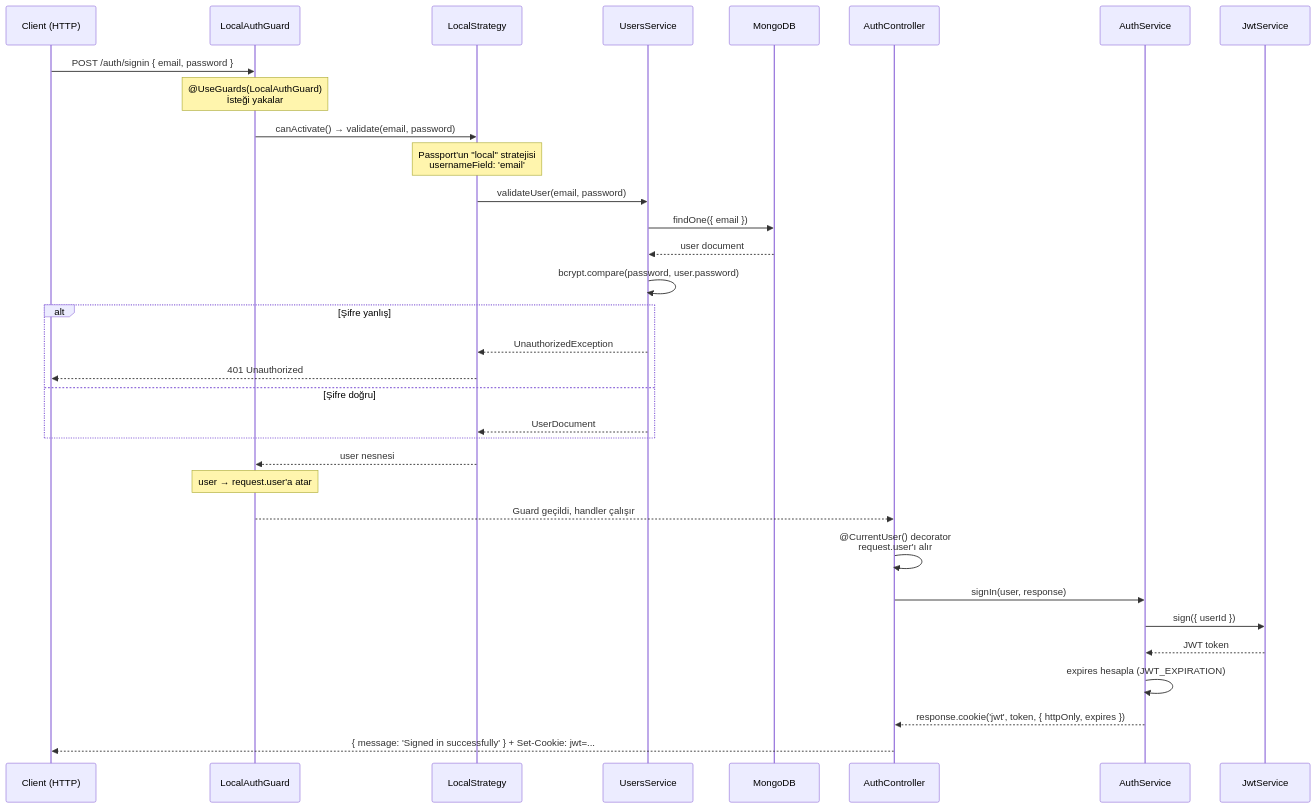
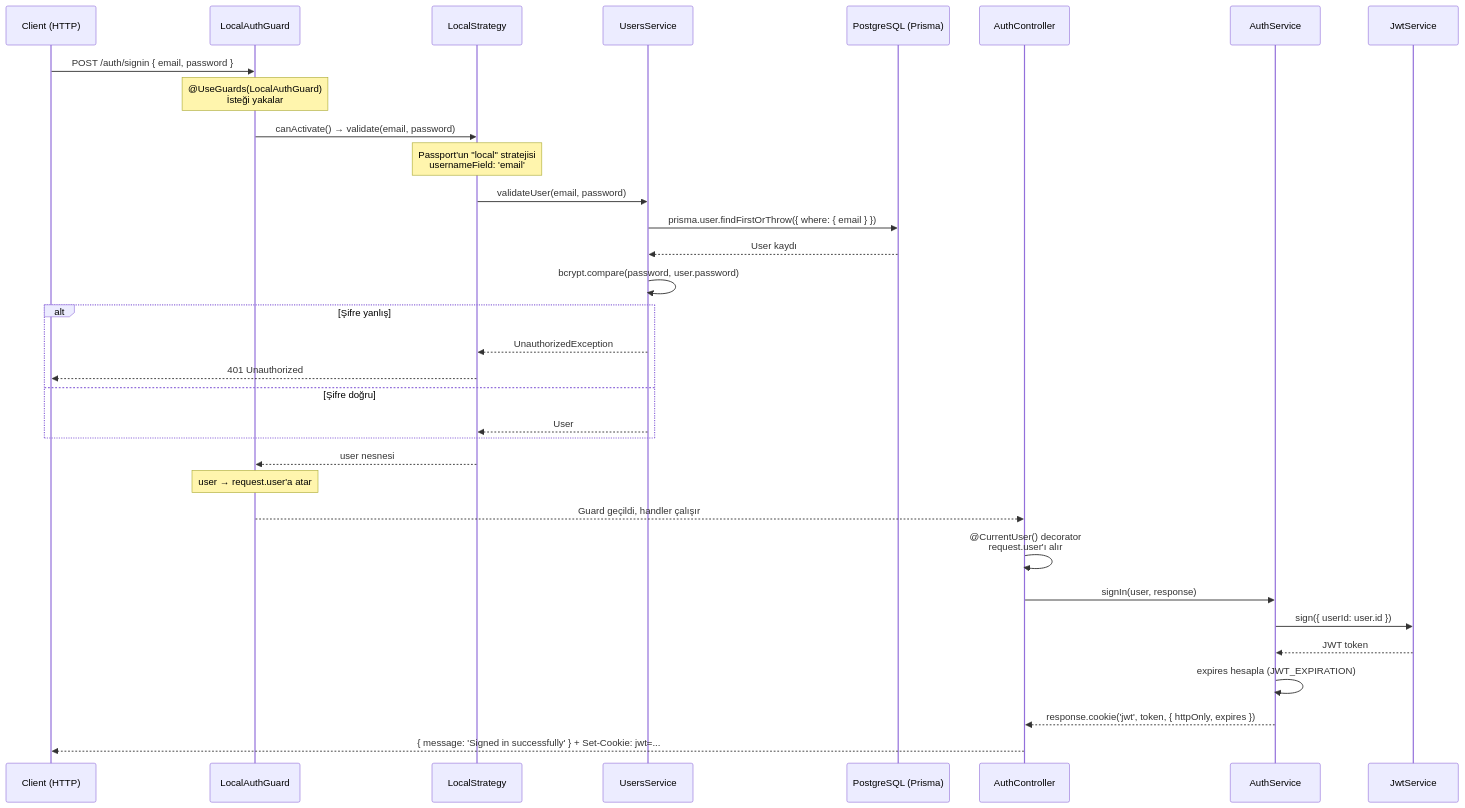
The first of 7 diagrams in docs/AUTH_FLOW.md (HuseyinKaraman/nestjs-microservice), drawn with Mermaid before and after one commit. The commit also changed other lines of this file and 3 other files, not shown here.

First line of the commit message:
docs: update docs for Prisma/PostgreSQL and gRPC

````diff
--- a/docs/AUTH_FLOW.md
+++ b/docs/AUTH_FLOW.md
@@ -5,43 +5,43 @@
 ```mermaid
 sequenceDiagram
     participant C as Client (HTTP)
     participant GUARD as LocalAuthGuard
     participant STRATEGY as LocalStrategy
     participant US as UsersService
-    participant DB as MongoDB
+    participant DB as PostgreSQL (Prisma)
     participant CTRL as AuthController
     participant SVC as AuthService
     participant JWT as JwtService
 
     C->>GUARD: POST /auth/signin { email, password }
     Note over GUARD: @UseGuards(LocalAuthGuard)<br/>İsteği yakalar
 
     GUARD->>STRATEGY: canActivate() → validate(email, password)
     Note over STRATEGY: Passport'un "local" stratejisi<br/>usernameField: 'email'
 
     STRATEGY->>US: validateUser(email, password)
-    US->>DB: findOne({ email })
-    DB-->>US: user document
+    US->>DB: prisma.user.findFirstOrThrow({ where: { email } })
+    DB-->>US: User kaydı
     US->>US: bcrypt.compare(password, user.password)
     
     alt Şifre yanlış
         US-->>STRATEGY: UnauthorizedException
         STRATEGY-->>C: 401 Unauthorized
     else Şifre doğru
-        US-->>STRATEGY: UserDocument
+        US-->>STRATEGY: User
     end
 
     STRATEGY-->>GUARD: user nesnesi
     Note over GUARD: user → request.user'a atar
 
     GUARD-->>CTRL: Guard geçildi, handler çalışır
 
     CTRL->>CTRL: @CurrentUser() decorator<br/>request.user'ı alır
     CTRL->>SVC: signIn(user, response)
-    SVC->>JWT: sign({ userId })
+    SVC->>JWT: sign({ userId: user.id })
     JWT-->>SVC: JWT token
     SVC->>SVC: expires hesapla (JWT_EXPIRATION)
     SVC-->>CTRL: response.cookie('jwt', token, { httpOnly, expires })
 
     CTRL-->>C: { message: 'Signed in successfully' } + Set-Cookie: jwt=...
 ```
````
